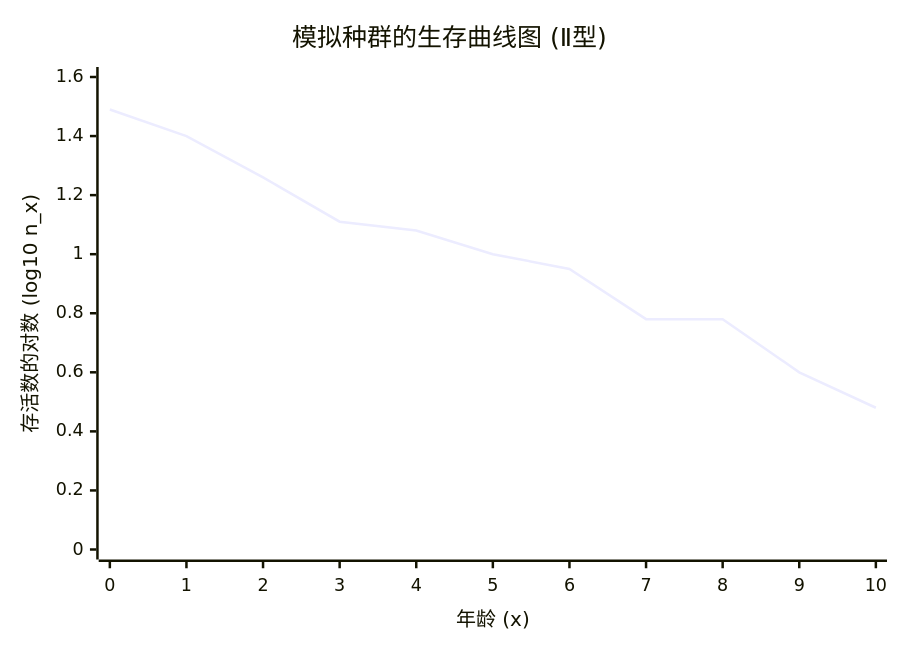
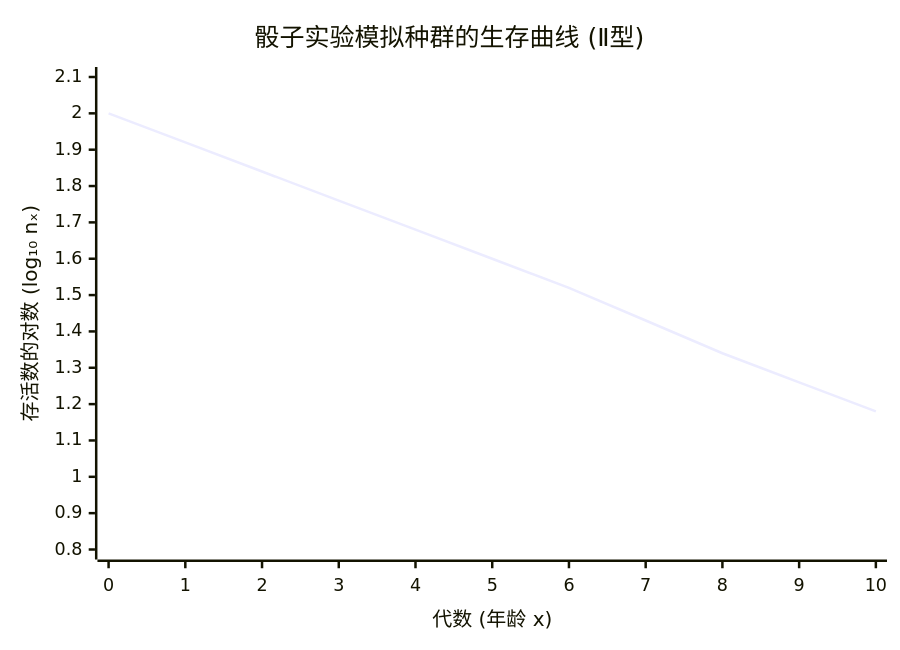
The diagram in survival-curve.md (zzh999999999999-png/20060829), drawn with Mermaid before and after one commit. The commit also changed other lines of this file, not shown here.

````diff
--- a/survival-curve.md
+++ b/survival-curve.md
@@ -30,7 +39,7 @@
 ```mermaid
 xychart-beta
-    title "模拟种群的生存曲线图 (Ⅱ型)"
-    x-axis "年龄 (x)" [0, 1, 2, 3, 4, 5, 6, 7, 8, 9, 10]
-    y-axis "存活数的对数 (log10 n_x)" 0.0 --> 1.6
-    line [1.49, 1.40, 1.26, 1.11, 1.08, 1.00, 0.95, 0.78, 0.78, 0.60, 0.48]
+    title "骰子实验模拟种群的生存曲线 (Ⅱ型)"
+    x-axis "代数 (年龄 x)" [0, 1, 2, 3, 4, 5, 6, 7, 8, 9, 10]
+    y-axis "存活数的对数 (log₁₀ nₓ)" 0.8 --> 2.1
+    line [2.00, 1.92, 1.84, 1.76, 1.68, 1.60, 1.52, 1.43, 1.34, 1.26, 1.18]
 ```
````
